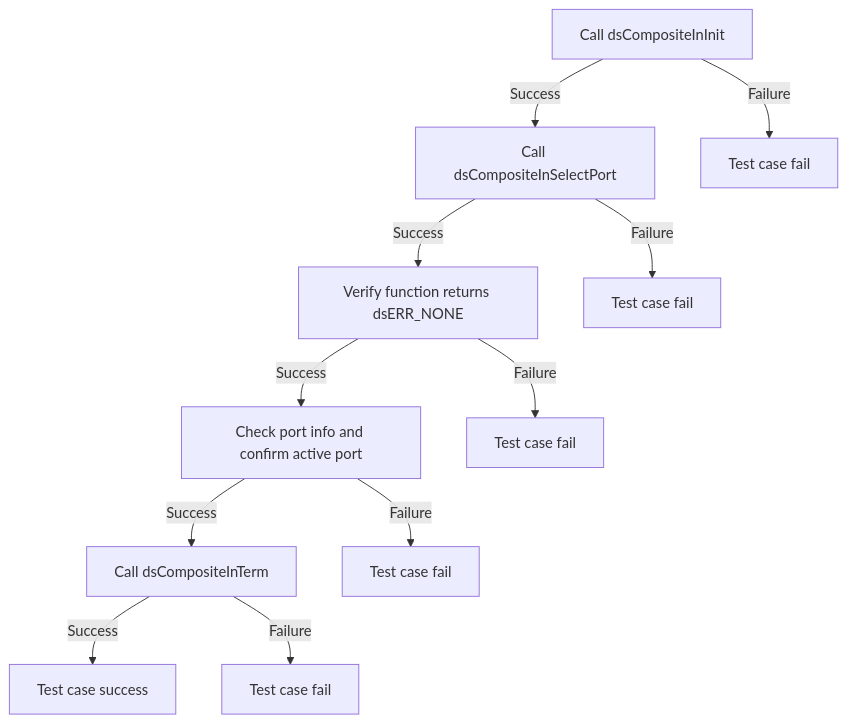
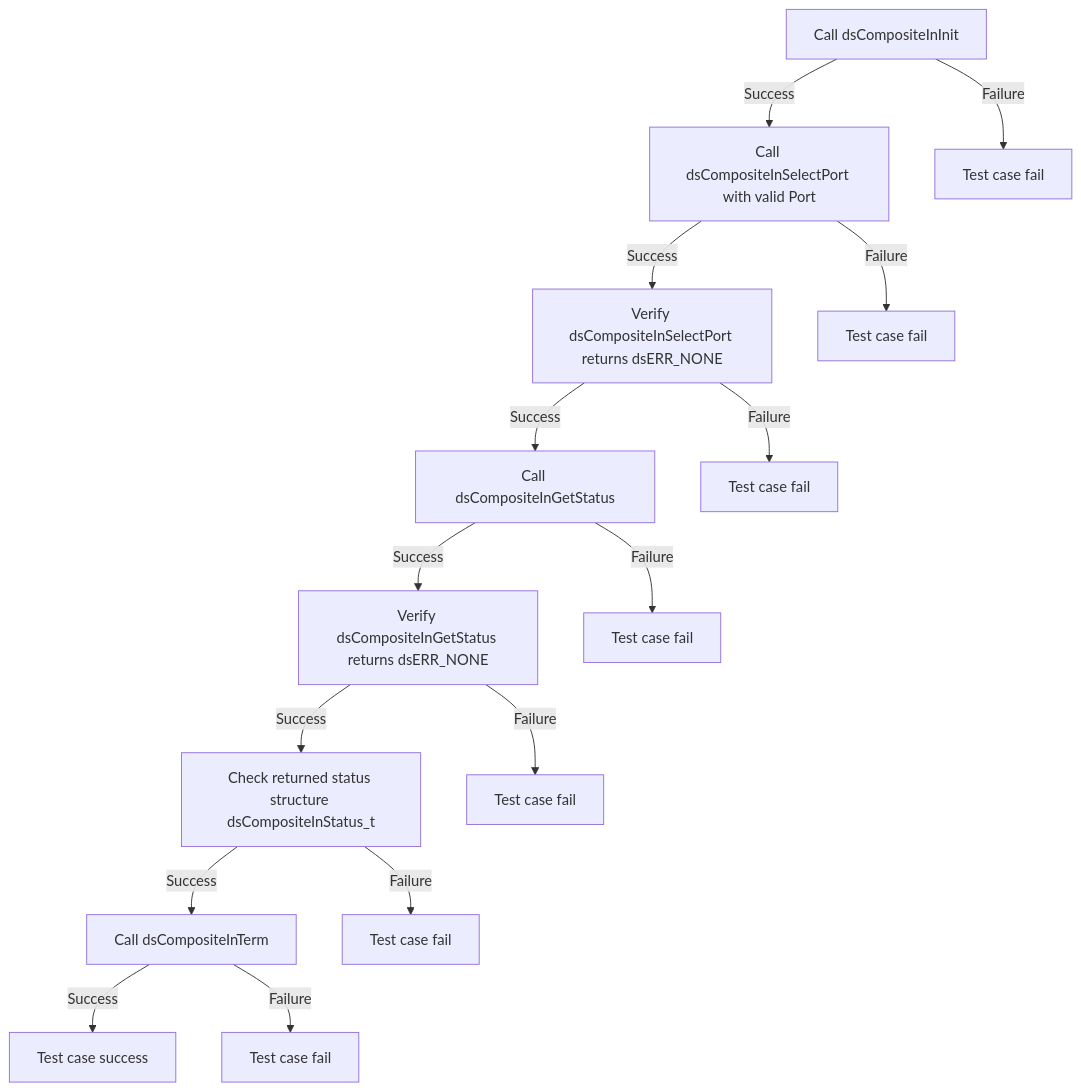
One commit to rdkcentral/rdk-halif-test-device_settings changed the third of 4 diagrams in docs/pages/l2_dsCompositeIn_test_specification.md. Above: the diagram before and after it, drawn with Mermaid. The commit also changed other lines of this file and 7 other files, not shown here.

````diff
--- a/docs/pages/l2_dsCompositeIn_test_specification.md
+++ b/docs/pages/l2_dsCompositeIn_test_specification.md
@@ -113,13 +177,17 @@
 ```mermaid
 graph TB
-A[Call dsCompositeInInit] -->|Success| B[Call dsCompositeInSelectPort]
+A[Call dsCompositeInInit] -->|Success| B[Call dsCompositeInSelectPort with valid Port]
 A -->|Failure| A1[Test case fail]
-B -->|Success| C[Verify function returns dsERR_NONE]
+B -->|Success| C[Verify dsCompositeInSelectPort returns dsERR_NONE]
 B -->|Failure| B1[Test case fail]
-C -->|Success| D[Check port info and confirm active port]
+C -->|Success| D[Call dsCompositeInGetStatus]
 C -->|Failure| C1[Test case fail]
-D -->|Success| E[Call dsCompositeInTerm]
+D -->|Success| E[Verify dsCompositeInGetStatus returns dsERR_NONE]
 D -->|Failure| D1[Test case fail]
-E -->|Success| F[Test case success]
+E -->|Success| F[Check returned status structure dsCompositeInStatus_t]
 E -->|Failure| E1[Test case fail]
+F -->|Success| G[Call dsCompositeInTerm]
+F -->|Failure| F1[Test case fail]
+G -->|Success| H[Test case success]
+G -->|Failure| G1[Test case fail]
 ```
````
